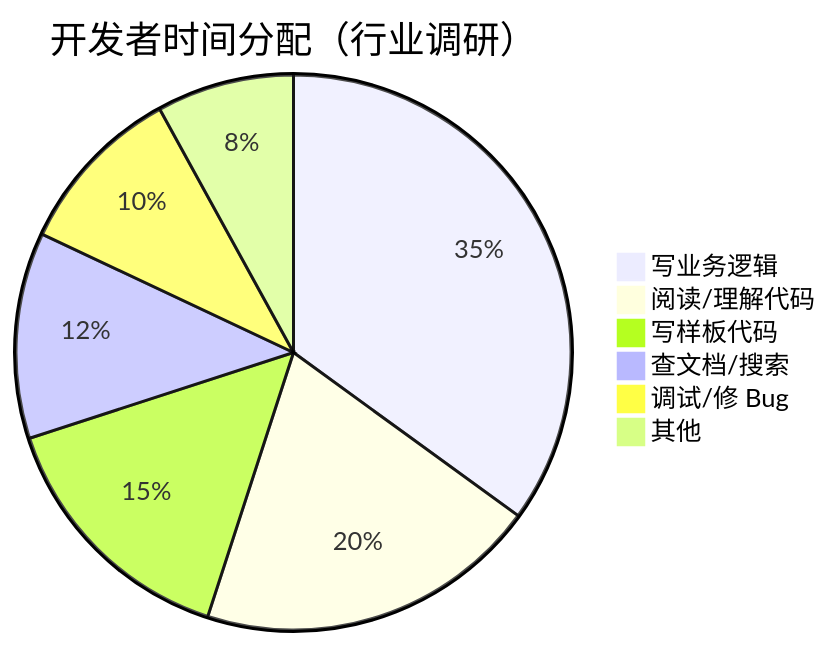
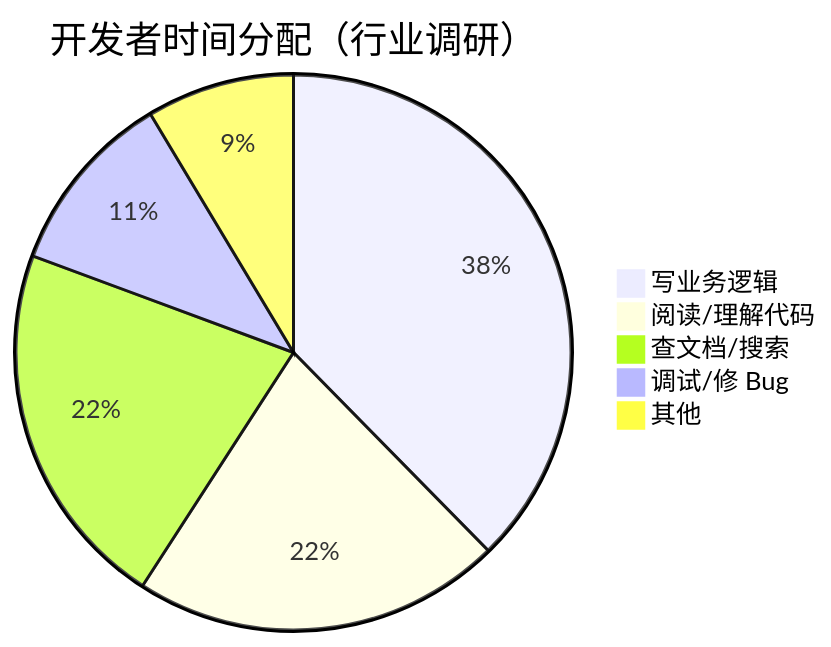
Before and after one commit to lxqddd/ai-share: the diagram in pages/pain-points.md, drawn with Mermaid. The commit also changed other lines of this file and 5 other files, not shown here.

````diff
--- a/pages/pain-points.md
+++ b/pages/pain-points.md
@@ -14,9 +14,8 @@
 ```mermaid {scale: 0.75}
 pie title 开发者时间分配（行业调研）
     "写业务逻辑" : 35
     "阅读/理解代码" : 20
-    "写样板代码" : 15
-    "查文档/搜索" : 12
+    "查文档/搜索" : 20
     "调试/修 Bug" : 10
     "其他" : 8
 ```
````
